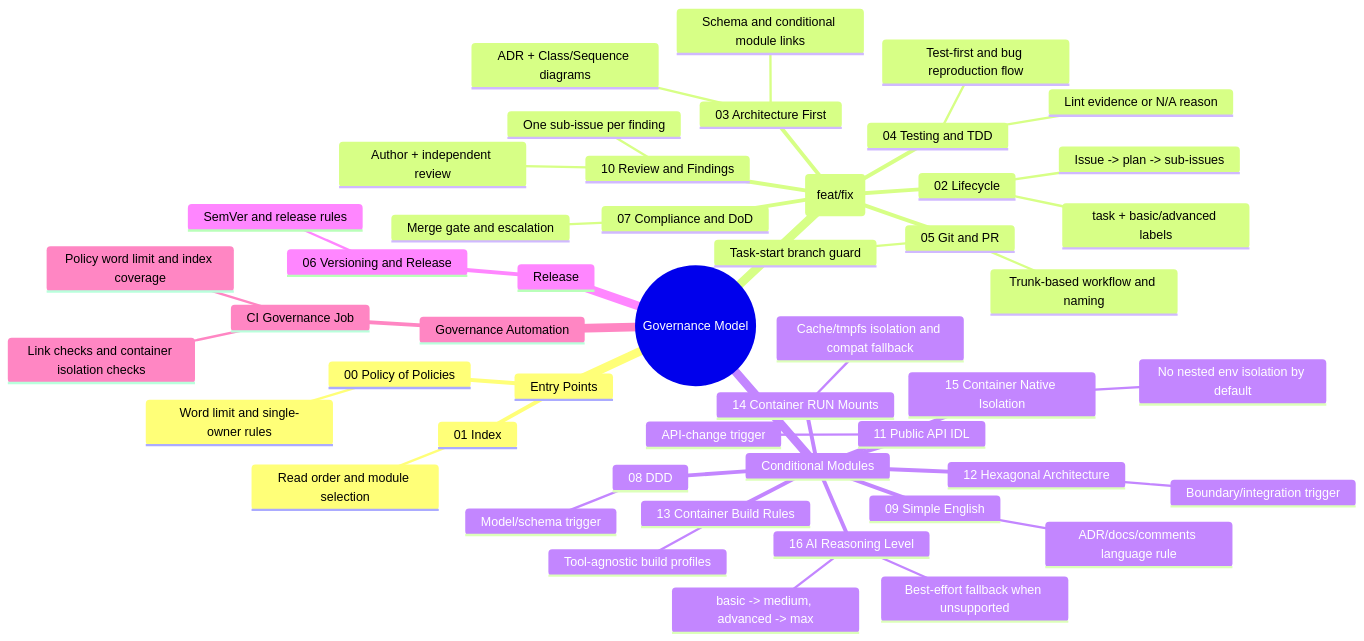
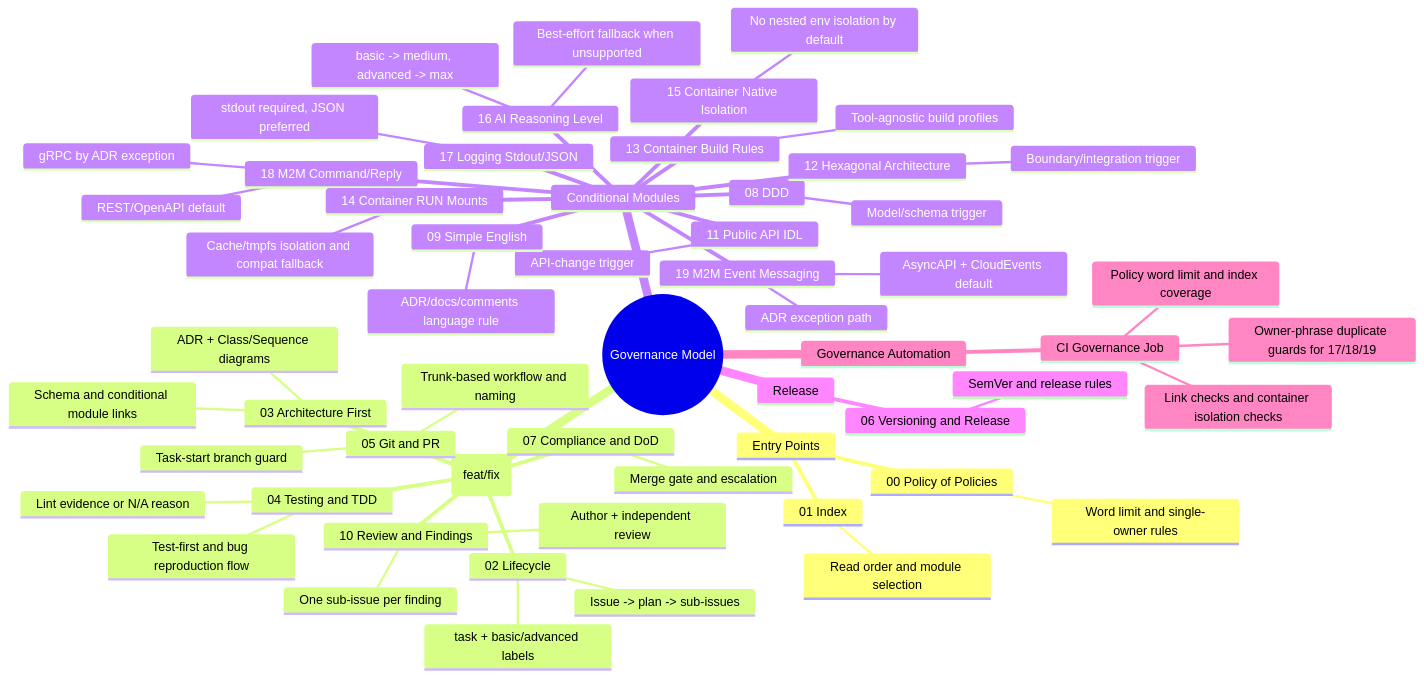
Before and after one commit to Albe83/openapi-to-mcp: the diagram in docs/diagrams/0001-governance-mindmap.md, drawn with Mermaid. The commit also changed 8 other files, not shown here.

Commit message:
chore(governance): add event messaging policy and align checks

````diff
--- a/docs/diagrams/0001-governance-mindmap.md
+++ b/docs/diagrams/0001-governance-mindmap.md
@@ -7,52 +7,61 @@
 ```mermaid
 mindmap
   root((Governance Model))
     Entry Points
       01 Index
         Read order and module selection
       00 Policy of Policies
         Word limit and single-owner rules
     Core Flow (feat/fix)
       02 Lifecycle
         Issue -> plan -> sub-issues
         task + basic/advanced labels
       03 Architecture First
         ADR + Class/Sequence diagrams
         Schema and conditional module links
       04 Testing and TDD
         Test-first and bug reproduction flow
         Lint evidence or N/A reason
       05 Git and PR
         Trunk-based workflow and naming
         Task-start branch guard
       10 Review and Findings
         Author + independent review
         One sub-issue per finding
       07 Compliance and DoD
         Merge gate and escalation
     Conditional Modules
       08 DDD
         Model/schema trigger
       11 Public API IDL
         API-change trigger
       12 Hexagonal Architecture
         Boundary/integration trigger
+      17 Logging Stdout/JSON
+        stdout required, JSON preferred
+      18 M2M Command/Reply
+        REST/OpenAPI default
+        gRPC by ADR exception
+      19 M2M Event Messaging
+        AsyncAPI + CloudEvents default
+        ADR exception path
       13 Container Build Rules
         Tool-agnostic build profiles
       14 Container RUN Mounts
         Cache/tmpfs isolation and compat fallback
       15 Container Native Isolation
         No nested env isolation by default
       16 AI Reasoning Level
         basic -> medium, advanced -> max
         Best-effort fallback when unsupported
       09 Simple English
         ADR/docs/comments language rule
     Release
       06 Versioning and Release
         SemVer and release rules
     Governance Automation
       CI Governance Job
         Policy word limit and index coverage
         Link checks and container isolation checks
+        Owner-phrase duplicate guards for 17/18/19
 ```
````
